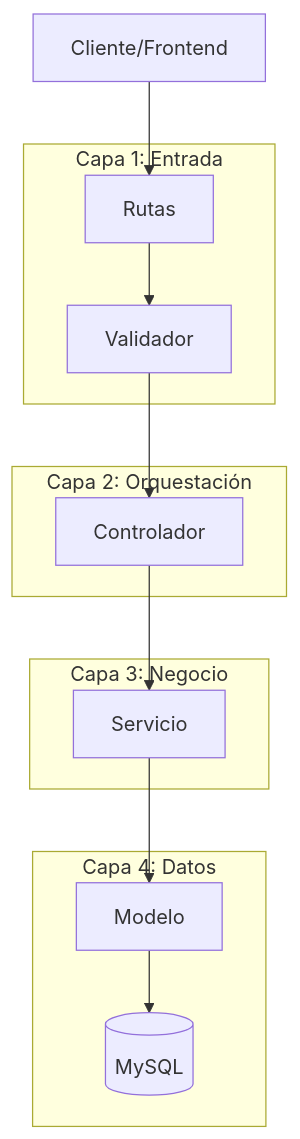
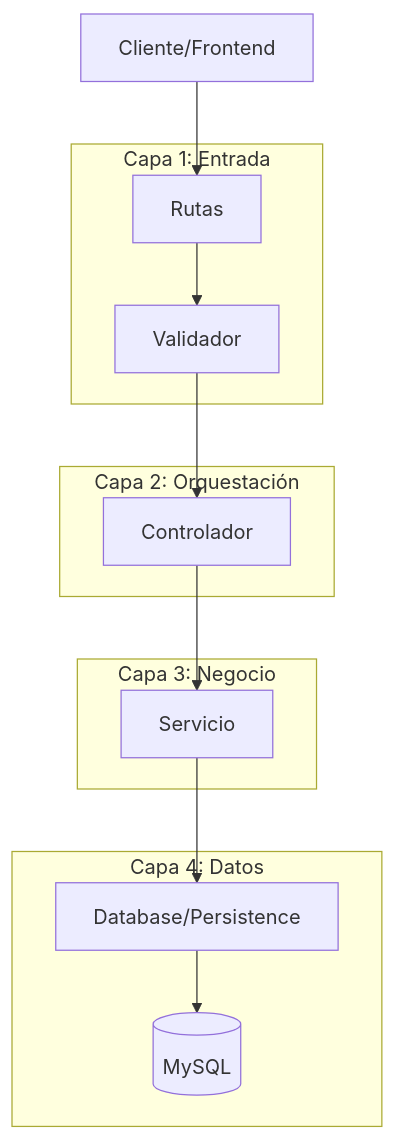
Before and after one commit to sergioortegadev/uner-prog3-grupo-ai: the second of 2 diagrams in tp-final-integrador/CONTRIBUTING.md, drawn with Mermaid. The commit also changed other lines of this file and 5 other files, not shown here.

````diff
--- a/tp-final-integrador/CONTRIBUTING.md
+++ b/tp-final-integrador/CONTRIBUTING.md
@@ -50,17 +50,17 @@
 ```mermaid
 graph TD
     Client[Cliente/Frontend] --> Routes[Rutas]
     subgraph Capa 1: Entrada
         Routes --> Validator[Validador]
     end
     subgraph Capa 2: Orquestación
         Validator --> Controller[Controlador]
     end
     subgraph Capa 3: Negocio
         Controller --> Service[Servicio]
     end
     subgraph Capa 4: Datos
-        Service --> Model[Modelo]
-        Model --> DB[(MySQL)]
+        Service --> Database[Database/Persistence]
+        Database --> DB[(MySQL)]
     end
 ```
````
